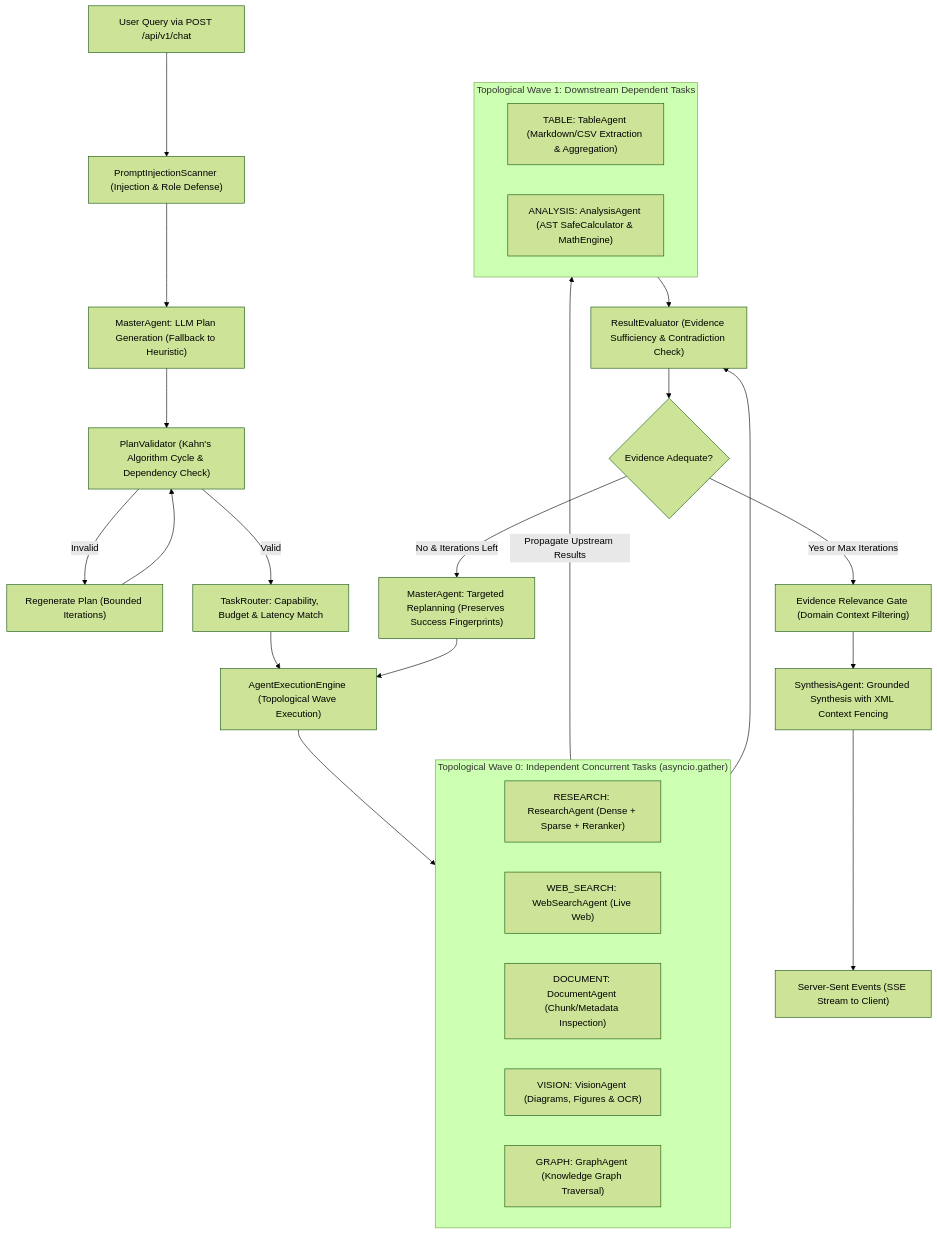
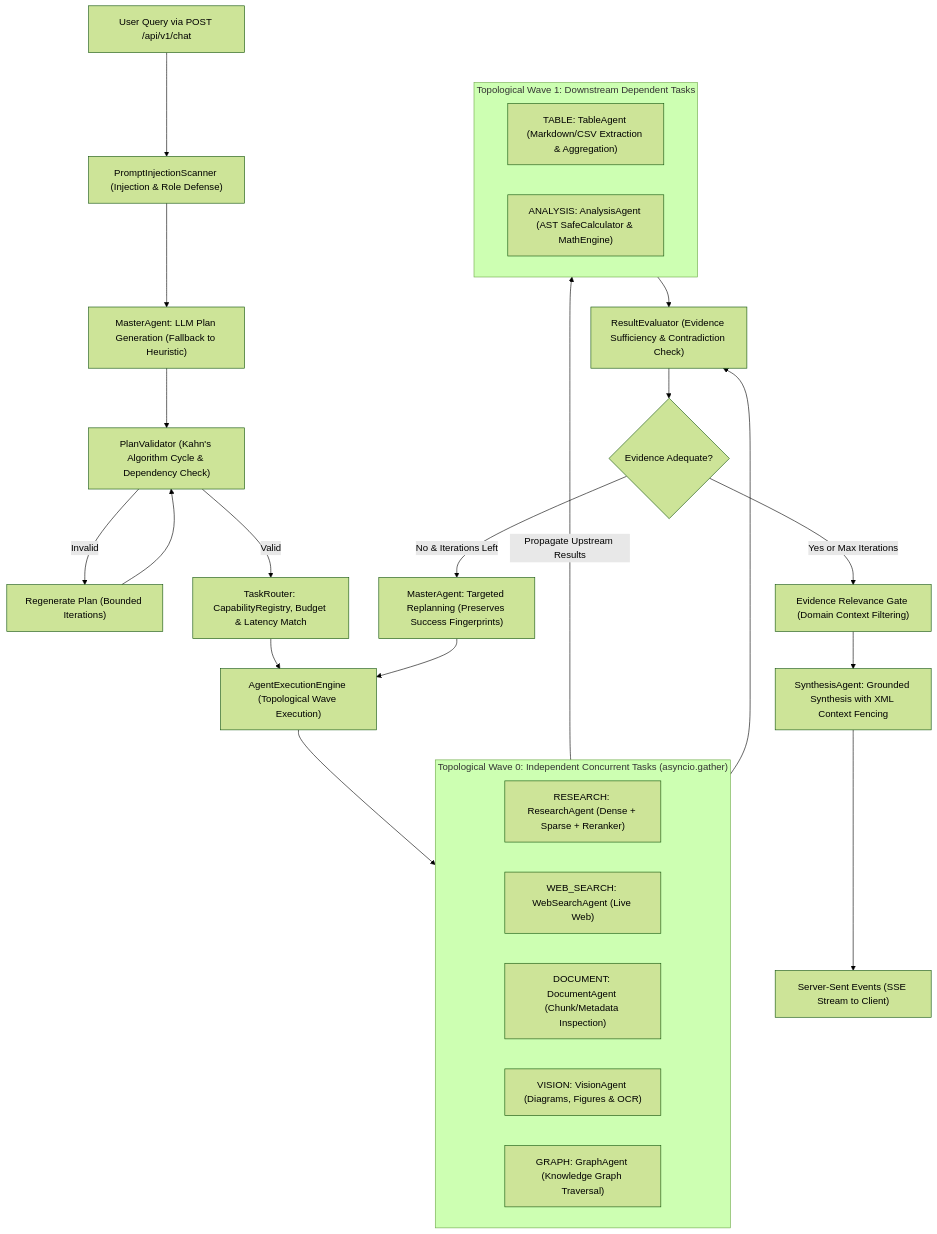
The sixth of 7 diagrams in ARCHITECTURE.md (Satya-Naraharisetty/FusionRAG), drawn with Mermaid (forest theme) before and after one commit. The commit also changed other lines of this file and 3 other files, not shown here.

Commit message:
docs: expand system architecture documentation to include security, retrieval, and ingestion pipeline enhancements

````diff
--- a/ARCHITECTURE.md
+++ b/ARCHITECTURE.md
@@ -196,35 +220,35 @@
 ```mermaid
 flowchart TD
     UserQuery["User Query via POST /api/v1/chat"] --> Scan["PromptInjectionScanner (Injection & Role Defense)"]
     Scan --> Master["MasterAgent: LLM Plan Generation (Fallback to Heuristic)"]
     Master --> Validator["PlanValidator (Kahn's Algorithm Cycle & Dependency Check)"]
     Validator -->|Invalid| Regenerate["Regenerate Plan (Bounded Iterations)"]
     Regenerate --> Validator
-    Validator -->|Valid| Router["TaskRouter: Capability, Budget & Latency Match"]
+    Validator -->|Valid| Router["TaskRouter: CapabilityRegistry, Budget & Latency Match"]
     Router --> Engine["AgentExecutionEngine (Topological Wave Execution)"]
 
     subgraph Wave0 ["Topological Wave 0: Independent Concurrent Tasks (asyncio.gather)"]
         Research["RESEARCH: ResearchAgent (Dense + Sparse + Reranker)"]
         WebS["WEB_SEARCH: WebSearchAgent (Live Web)"]
         DocA["DOCUMENT: DocumentAgent (Chunk/Metadata Inspection)"]
         VisA["VISION: VisionAgent (Diagrams, Figures & OCR)"]
         GraphA["GRAPH: GraphAgent (Knowledge Graph Traversal)"]
     end
 
     subgraph Wave1 ["Topological Wave 1: Downstream Dependent Tasks"]
         TableA["TABLE: TableAgent (Markdown/CSV Extraction & Aggregation)"]
         Analysis["ANALYSIS: AnalysisAgent (AST SafeCalculator & MathEngine)"]
     end
 
     Engine --> Wave0
     Wave0 -->|Propagate Upstream Results| Wave1
 
     Wave0 & Wave1 --> Evaluator["ResultEvaluator (Evidence Sufficiency & Contradiction Check)"]
 
     Evaluator --> Adequate{Evidence Adequate?}
     Adequate -->|No & Iterations Left| Replan["MasterAgent: Targeted Replanning (Preserves Success Fingerprints)"]
     Replan --> Engine
     Adequate -->|Yes or Max Iterations| Gate["Evidence Relevance Gate (Domain Context Filtering)"]
     Gate --> Synthesis["SynthesisAgent: Grounded Synthesis with XML Context Fencing"]
     Synthesis --> SSE["Server-Sent Events (SSE Stream to Client)"]
 ```
````
